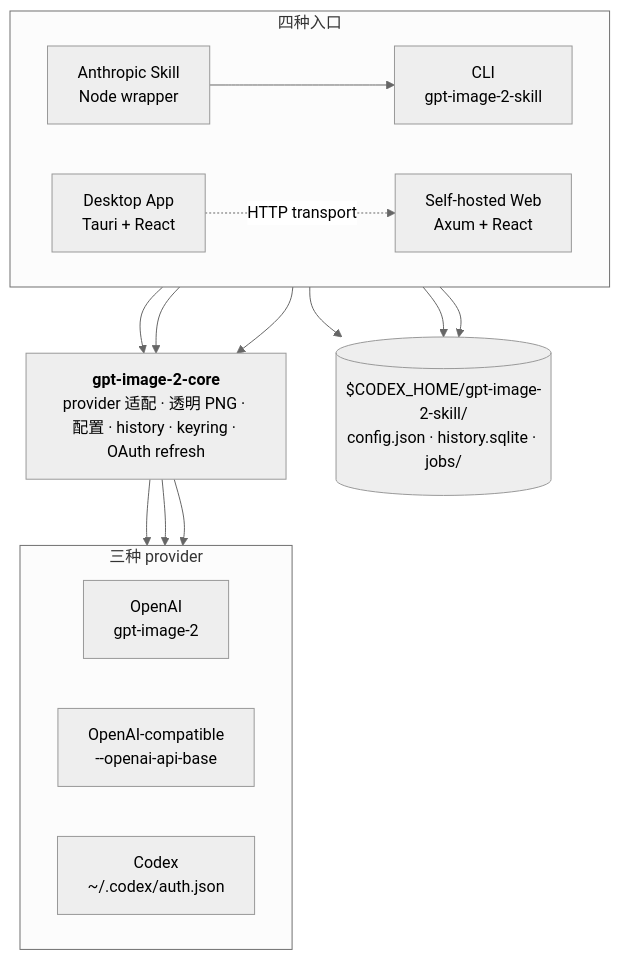
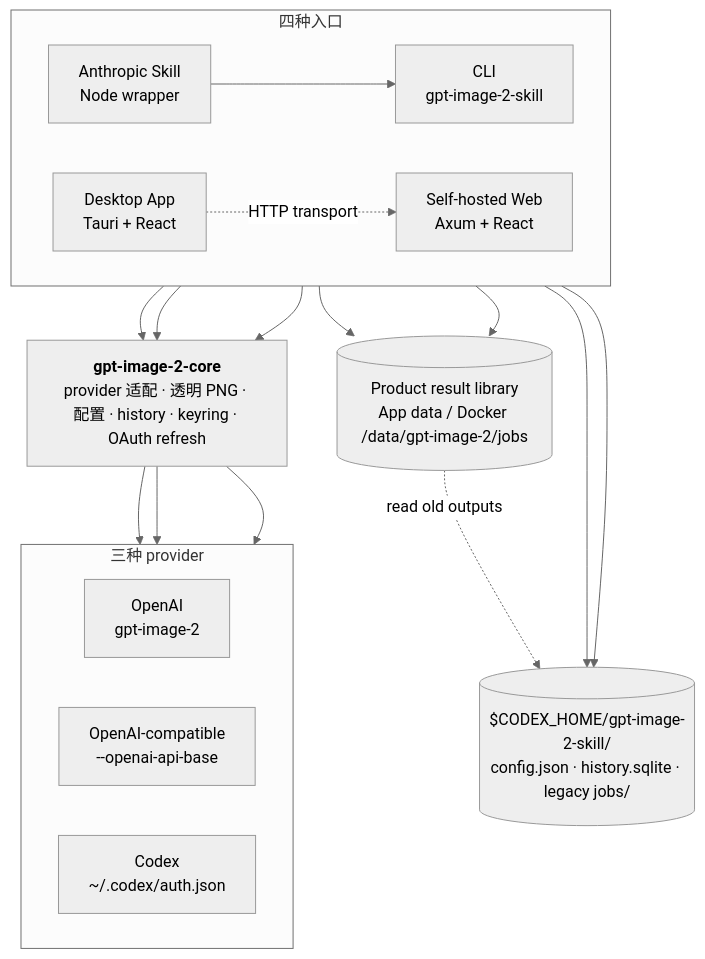
The first of 2 diagrams in README.md (fanbuz/gpt-image-2-skill), drawn with Mermaid (neutral theme) before and after one commit. The commit also changed other lines of this file and 34 other files, not shown here.

First line of the commit message:
feat: 增加多目标图片存储与上传回调能力 (#10)

````diff
--- a/README.md
+++ b/README.md
@@ -42,35 +42,38 @@
 ```mermaid
 graph TB
     subgraph Surfaces["四种入口"]
         direction LR
         CLI["CLI<br/>gpt-image-2-skill"]
         APP["Desktop App<br/>Tauri + React"]
         WEB["Self-hosted Web<br/>Axum + React"]
         SKILL["Anthropic Skill<br/>Node wrapper"]
     end
 
     CORE["<b>gpt-image-2-core</b><br/>provider 适配 · 透明 PNG · 配置 · history · keyring · OAuth refresh"]
 
     subgraph Providers["三种 provider"]
         direction LR
         OAI["OpenAI<br/>gpt-image-2"]
         OAC["OpenAI-compatible<br/>--openai-api-base"]
         CDX["Codex<br/>~/.codex/auth.json"]
     end
 
-    STORE[("$CODEX_HOME/gpt-image-2-skill/<br/>config.json · history.sqlite · jobs/")]
+    LEGACY[("$CODEX_HOME/gpt-image-2-skill/<br/>config.json · history.sqlite · legacy jobs/")]
+    PRODUCT[("Product result library<br/>App data / Docker /data/gpt-image-2/jobs")]
 
     SKILL --> CLI
     CLI --> CORE
     APP --> CORE
     APP -. "HTTP transport" .-> WEB
     WEB --> CORE
 
     CORE --> OAI
     CORE --> OAC
     CORE --> CDX
 
-    CLI --> STORE
-    APP --> STORE
-    WEB --> STORE
+    CLI --> LEGACY
+    SKILL --> LEGACY
+    APP --> PRODUCT
+    WEB --> PRODUCT
+    PRODUCT -. "read old outputs" .-> LEGACY
 ```
````
